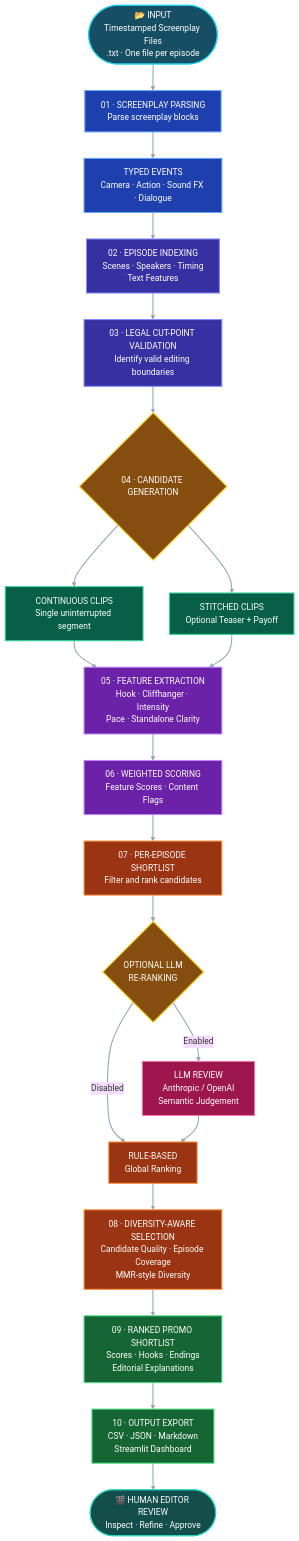
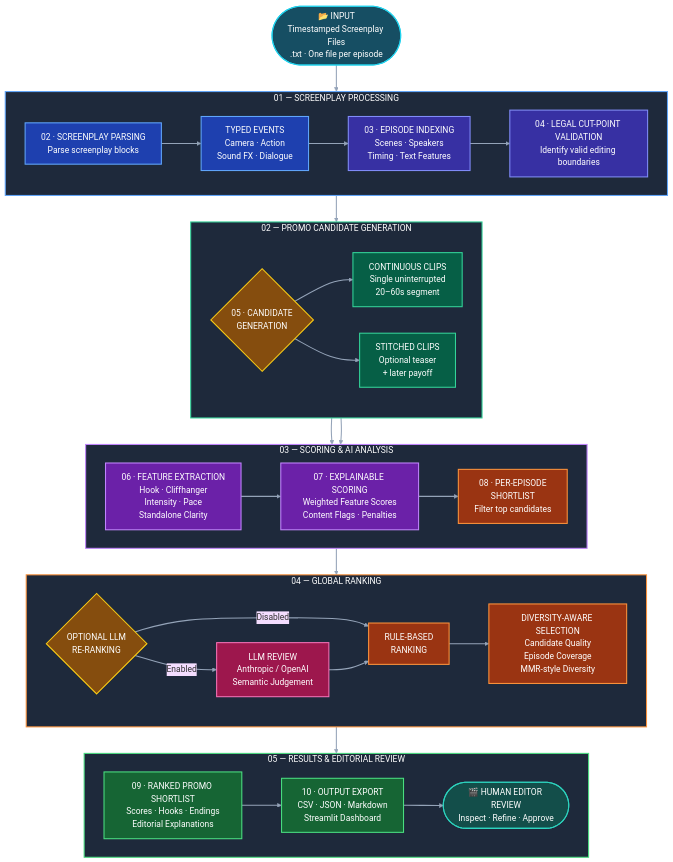
Before and after one commit to nischay1905/Kuku_Promo_Extractor: the diagram in README.md, drawn with Mermaid (base theme).

Commit message:
Enhance README with system workflow diagram
Updated the end-to-end system workflow section with a detailed multi-stage pipeline diagram and descriptions for each stage.

````diff
--- a/README.md
+++ b/README.md
@@ -60,66 +62,65 @@
 ```mermaid
-flowchart TD
+flowchart TB
 
     A(["📂 INPUT<br/>Timestamped Screenplay Files<br/>.txt · One file per episode"])
 
-    B["01 · SCREENPLAY PARSING<br/>Parse screenplay blocks"]
+    subgraph PIPELINE["01 — SCREENPLAY PROCESSING"]
+        direction LR
+        B["02 · SCREENPLAY PARSING<br/>Parse screenplay blocks"]
+        C["TYPED EVENTS<br/>Camera · Action<br/>Sound FX · Dialogue"]
+        D["03 · EPISODE INDEXING<br/>Scenes · Speakers<br/>Timing · Text Features"]
+        E["04 · LEGAL CUT-POINT VALIDATION<br/>Identify valid editing boundaries"]
 
-    C["TYPED EVENTS<br/>Camera · Action · Sound FX · Dialogue"]
+        B --> C --> D --> E
+    end
 
-    D["02 · EPISODE INDEXING<br/>Scenes · Speakers · Timing<br/>Text Features"]
+    subgraph GENERATION["02 — PROMO CANDIDATE GENERATION"]
+        direction LR
+        F{"05 · CANDIDATE<br/>GENERATION"}
+        G["CONTINUOUS CLIPS<br/>Single uninterrupted<br/>20–60s segment"]
+        H["STITCHED CLIPS<br/>Optional teaser<br/>+ later payoff"]
 
-    E["03 · LEGAL CUT-POINT VALIDATION<br/>Identify valid editing boundaries"]
+        F --> G
+        F --> H
+    end
 
-    F{"04 · CANDIDATE GENERATION"}
+    subgraph ANALYSIS["03 — SCORING & AI ANALYSIS"]
+        direction LR
+        I["06 · FEATURE EXTRACTION<br/>Hook · Cliffhanger<br/>Intensity · Pace<br/>Standalone Clarity"]
+        J["07 · EXPLAINABLE SCORING<br/>Weighted Feature Scores<br/>Content Flags · Penalties"]
+        K["08 · PER-EPISODE<br/>SHORTLIST<br/>Filter top candidates"]
 
-    G["CONTINUOUS CLIPS<br/>Single uninterrupted segment"]
+        I --> J --> K
+    end
 
-    H["STITCHED CLIPS<br/>Optional Teaser + Payoff"]
+    subgraph RANKING["04 — GLOBAL RANKING"]
+        direction LR
+        L{"OPTIONAL LLM<br/>RE-RANKING"}
+        M["RULE-BASED<br/>RANKING"]
+        N["LLM REVIEW<br/>Anthropic / OpenAI<br/>Semantic Judgement"]
+        O["DIVERSITY-AWARE SELECTION<br/>Candidate Quality<br/>Episode Coverage<br/>MMR-style Diversity"]
 
-    I["05 · FEATURE EXTRACTION<br/>Hook · Cliffhanger · Intensity<br/>Pace · Standalone Clarity"]
+        L -->|Disabled| M
+        L -->|Enabled| N
+        N --> M
+        M --> O
+    end
 
-    J["06 · WEIGHTED SCORING<br/>Feature Scores · Content Flags"]
+    subgraph DELIVERY["05 — RESULTS & EDITORIAL REVIEW"]
+        direction LR
+        P["09 · RANKED PROMO SHORTLIST<br/>Scores · Hooks · Endings<br/>Editorial Explanations"]
+        Q["10 · OUTPUT EXPORT<br/>CSV · JSON · Markdown<br/>Streamlit Dashboard"]
+        R(["🎬 HUMAN EDITOR REVIEW<br/>Inspect · Refine · Approve"])
 
-    K["07 · PER-EPISODE SHORTLIST<br/>Filter and rank candidates"]
-
-    L{"OPTIONAL LLM<br/>RE-RANKING"}
-
-    M["RULE-BASED<br/>Global Ranking"]
-
-    N["LLM REVIEW<br/>Anthropic / OpenAI<br/>Semantic Judgement"]
-
-    O["08 · DIVERSITY-AWARE SELECTION<br/>Candidate Quality · Episode Coverage<br/>MMR-style Diversity"]
-
-    P["09 · RANKED PROMO SHORTLIST<br/>Scores · Hooks · Endings<br/>Editorial Explanations"]
-
-    Q["10 · OUTPUT EXPORT<br/>CSV · JSON · Markdown<br/>Streamlit Dashboard"]
-
-    R(["🎬 HUMAN EDITOR REVIEW<br/>Inspect · Refine · Approve"])
+        P --> Q --> R
+    end
 
     A --> B
-    B --> C
-    C --> D
-    D --> E
     E --> F
-
-    F --> G
-    F --> H
-
     G --> I
     H --> I
-
-    I --> J
-    J --> K
     K --> L
-
-    L -->|Disabled| M
-    L -->|Enabled| N
-
-    N --> M
-    M --> O
     O --> P
-    P --> Q
-    Q --> R
 
     classDef input fill:#164E63,stroke:#22D3EE,color:#FFFFFF,stroke-width:2px
     classDef parsing fill:#1E40AF,stroke:#60A5FA,color:#FFFFFF,stroke-width:2px
@@ -138,10 +139,16 @@
     class F,L decision
     class G,H candidate
     class I,J scoring
+    class K,M,O ranking
     class N llm
-    class K,M,O ranking
     class P,Q output
     class R human
 
+    style PIPELINE fill:#1E293B,stroke:#60A5FA,stroke-width:2px,color:#FFFFFF
+    style GENERATION fill:#1E293B,stroke:#34D399,stroke-width:2px,color:#FFFFFF
+    style ANALYSIS fill:#1E293B,stroke:#C084FC,stroke-width:2px,color:#FFFFFF
+    style RANKING fill:#1E293B,stroke:#FB923C,stroke-width:2px,color:#FFFFFF
+    style DELIVERY fill:#1E293B,stroke:#4ADE80,stroke-width:2px,color:#FFFFFF
+
     linkStyle default stroke:#94A3B8,stroke-width:2px
 ```
````
